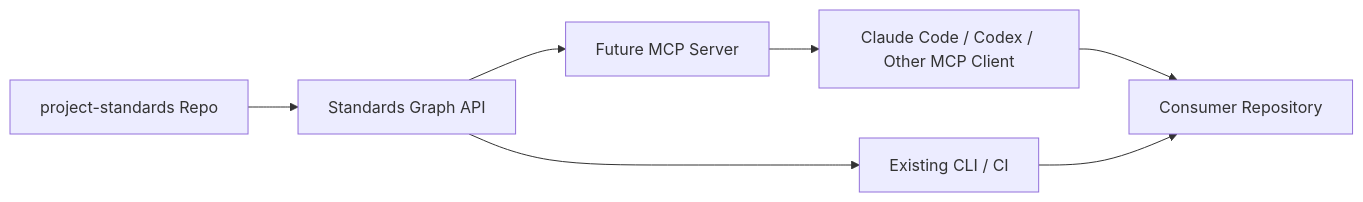
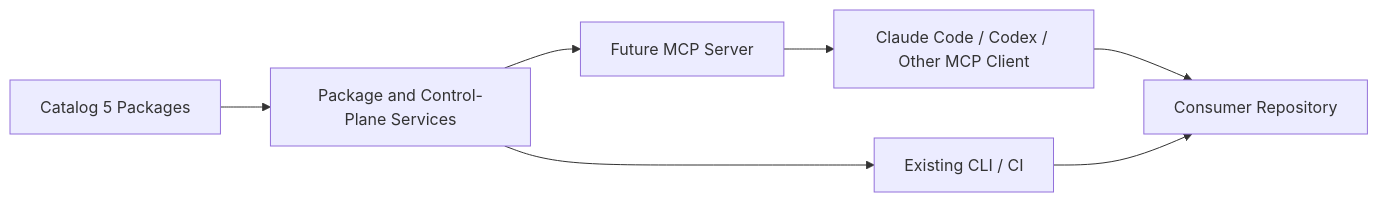
One commit to L3DigitalNet/project-standards changed the first of 4 diagrams in docs/specs/2026-07-07-project-standards-mcp-enablement-roadmap-spec.md. Above: the diagram before and after it, drawn with Mermaid. The commit also changed other lines of this file and 6 other files, not shown here.

````diff
--- a/docs/specs/2026-07-07-project-standards-mcp-enablement-roadmap-spec.md
+++ b/docs/specs/2026-07-07-project-standards-mcp-enablement-roadmap-spec.md
@@ -276,9 +288,9 @@
 ```mermaid
 flowchart LR
-    StandardsRepo[project-standards Repo] --> GraphAPI[Standards Graph API]
-    GraphAPI --> CLI[Existing CLI / CI]
-    GraphAPI --> MCP[Future MCP Server]
+    StandardsRepo[Catalog 5 Packages] --> Services[Package and Control-Plane Services]
+    Services --> CLI[Existing CLI / CI]
+    Services --> MCP[Future MCP Server]
     MCP --> Agent[Claude Code / Codex / Other MCP Client]
     Agent --> Consumer[Consumer Repository]
     CLI --> Consumer
 ```
````
